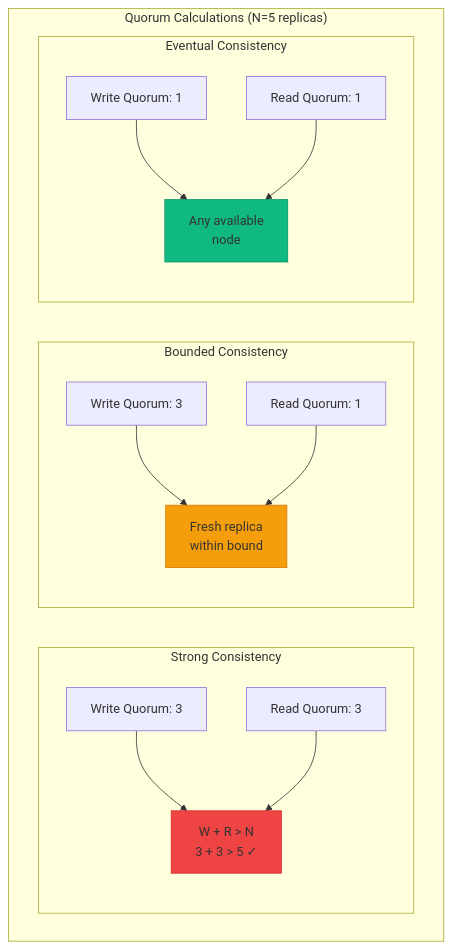
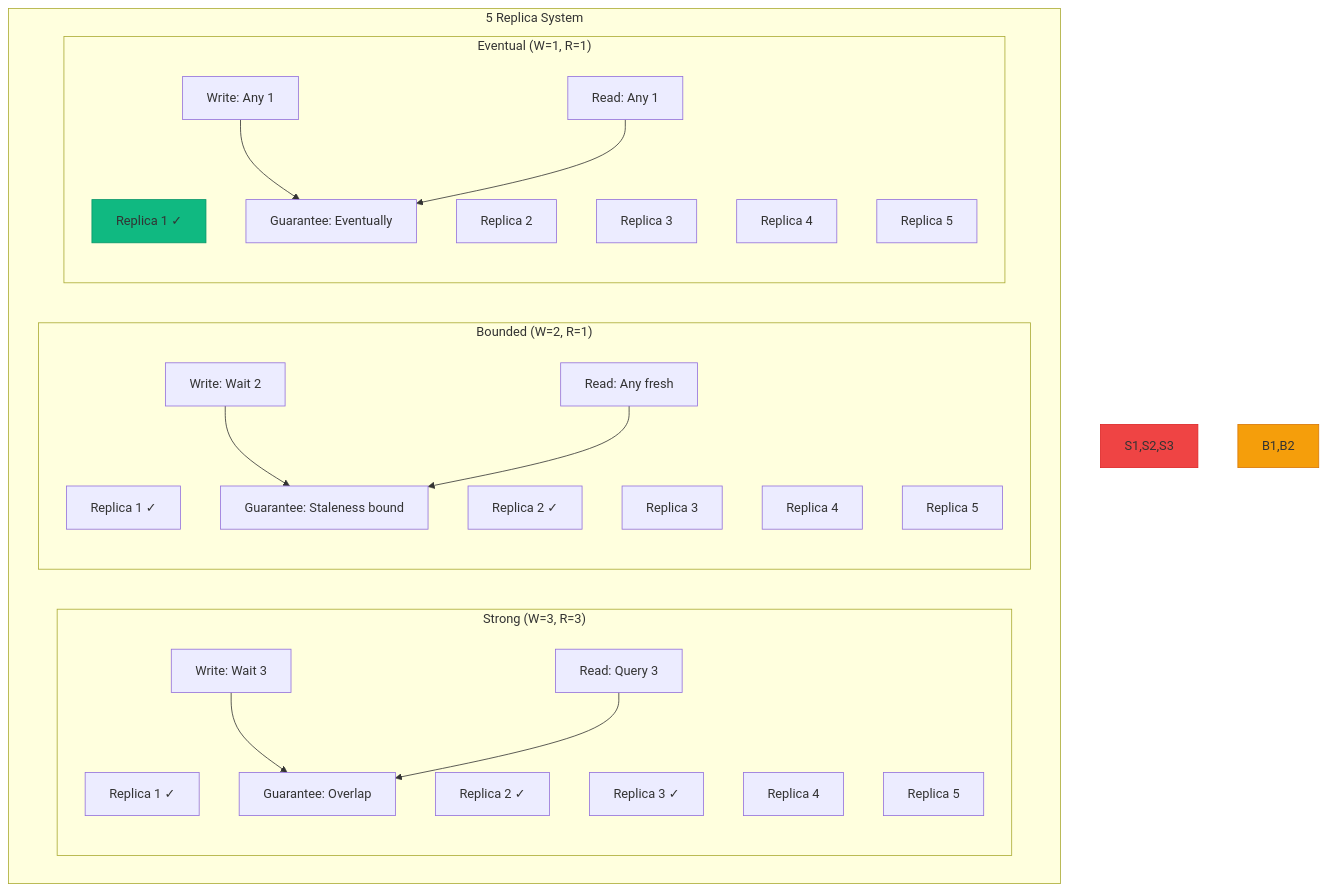
The tenth of 30 diagrams in docs/pattern-library/data-management/tunable-consistency.md (deepaucksharma/DStudio), drawn with Mermaid before and after one commit. The commit also changed other lines of this file and 191 other files, not shown here.

````diff
--- a/docs/pattern-library/data-management/tunable-consistency.md
+++ b/docs/pattern-library/data-management/tunable-consistency.md
@@ -242,35 +320,53 @@
 ```mermaid
 graph TB
-    subgraph "Quorum Calculations (N=5 replicas)"
-        subgraph "Strong Consistency"
-            SW[Write Quorum: 3]
-            SR[Read Quorum: 3]
-            SC[W + R > N<br/>3 + 3 > 5 ✓]
+    subgraph "5 Replica System"
+        subgraph "Strong (W=3, R=3)"
+            S1["Replica 1 ✓"]
+            S2["Replica 2 ✓"]
+            S3["Replica 3 ✓"]
+            S4["Replica 4"]
+            S5["Replica 5"]
             
-            SW --> SC
-            SR --> SC
+            SW["Write: Wait 3"] 
+            SR["Read: Query 3"]
+            SG["Guarantee: Overlap"]
+            
+            SW --> SG
+            SR --> SG
         end
         
-        subgraph "Bounded Consistency"
-            BW[Write Quorum: 3]
-            BR[Read Quorum: 1]
-            BC[Fresh replica<br/>within bound]
+        subgraph "Bounded (W=2, R=1)"
+            B1["Replica 1 ✓"]
+            B2["Replica 2 ✓"]
+            B3["Replica 3"]
+            B4["Replica 4"]
+            B5["Replica 5"]
             
-            BW --> BC
-            BR --> BC
+            BW["Write: Wait 2"]
+            BR["Read: Any fresh"]
+            BG["Guarantee: Staleness bound"]
+            
+            BW --> BG
+            BR --> BG
         end
         
-        subgraph "Eventual Consistency"
-            EW[Write Quorum: 1]
-            ER[Read Quorum: 1]
-            EC[Any available<br/>node]
+        subgraph "Eventual (W=1, R=1)"
+            E1["Replica 1 ✓"]
+            E2["Replica 2"]
+            E3["Replica 3"]
+            E4["Replica 4"]
+            E5["Replica 5"]
             
-            EW --> EC
-            ER --> EC
+            EW["Write: Any 1"]
+            ER["Read: Any 1"]
+            EG["Guarantee: Eventually"]
+            
+            EW --> EG
+            ER --> EG
         end
     end
     
-    style SC fill:#ef4444,stroke:#dc2626
-    style BC fill:#f59e0b,stroke:#d97706
-    style EC fill:#10b981,stroke:#059669
+    style S1,S2,S3 fill:#ef4444,stroke:#dc2626
+    style B1,B2 fill:#f59e0b,stroke:#d97706
+    style E1 fill:#10b981,stroke:#059669
 ```
````
